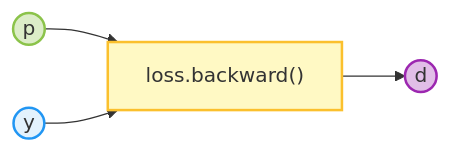
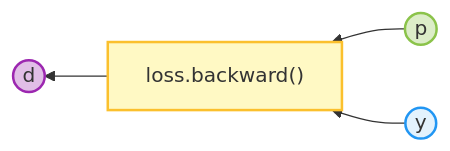
The diagram in mermaid-scripts/01-backward.mmd (GPTmini/GPTmini), drawn with Mermaid before and after one commit. The commit also changed 4 other files, not shown here.

```diff
--- a/mermaid-scripts/01-backward.mmd
+++ b/mermaid-scripts/01-backward.mmd
@@ -1,10 +1,10 @@
-flowchart LR
+flowchart RL
     classDef in fill:#E3F2FD,stroke:#2196F3,stroke-width:2px;
     classDef model fill:#FFF9C4,stroke:#FBC02D,stroke-width:2px;
     classDef data fill:#E1BEE7,stroke:#9C27B0,stroke-width:2px;
     classDef test fill:#F8BBD0,stroke:#E91E63,stroke-width:2px;
     classDef out fill:#DCEDC8,stroke:#8BC34A,stroke-width:2px;
     classDef skip stroke:#B0BEC5,stroke-width:2px,stroke-dasharray: 5 5;
 
     P((p)):::out --> G["loss.backward()"]:::model --> d((d)):::data
     Y((y)):::in --> G
```
